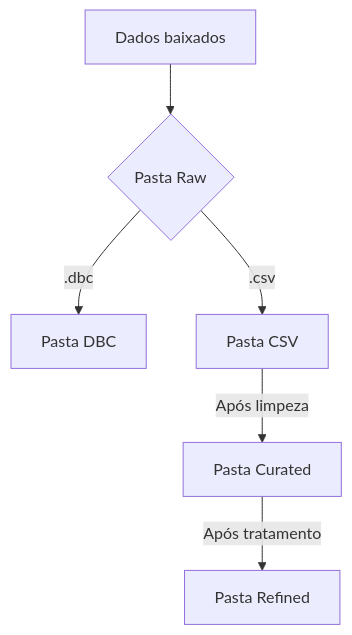
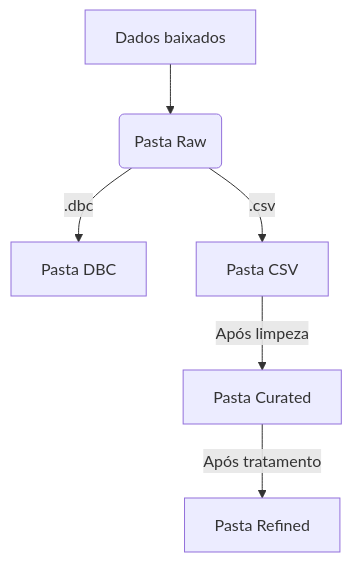
One commit to IBTI-DF/SIGFAPDF changed the diagram in IBTIsus/README.md. Above: the diagram before and after it, drawn with Mermaid.

````diff
--- a/IBTIsus/README.md
+++ b/IBTIsus/README.md
@@ -9,9 +9,9 @@
 ```mermaid
 graph TB
-A[Dados baixados] --> B{Pasta Raw}
+A[Dados baixados] --> B(Pasta Raw)
 B -- .dbc --> C[Pasta DBC]
 B -- .csv --> D[Pasta CSV]
 D -- Após limpeza --> E[Pasta Curated]
 E -- Após tratamento --> F[Pasta Refined]
 
 ```
````
